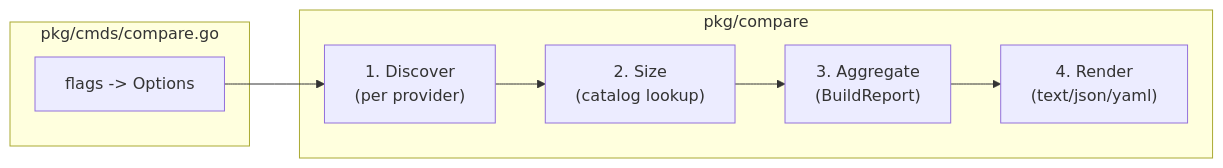
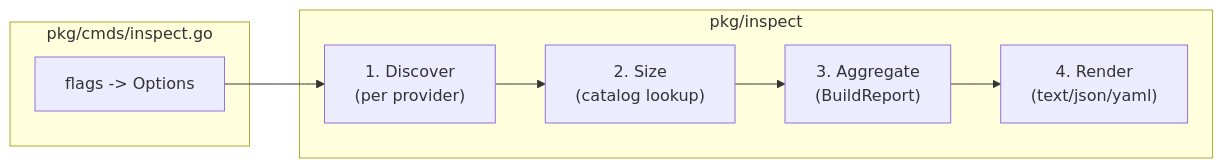
Before and after one commit to appscode/resource-calculator: the diagram in DESIGN.md, drawn with Mermaid. The commit also changed other lines of this file and 27 other files, not shown here.

````diff
--- a/DESIGN.md
+++ b/DESIGN.md
@@ -51,13 +70,13 @@
 ```mermaid
 flowchart LR
-  subgraph cmd["pkg/cmds/compare.go"]
+  subgraph cmd["pkg/cmds/inspect.go"]
     F[flags -> Options]
   end
-  subgraph pkg["pkg/compare"]
+  subgraph pkg["pkg/inspect"]
     D["1. Discover\n(per provider)"]
     S["2. Size\n(catalog lookup)"]
     P["3. Aggregate\n(BuildReport)"]
     R["4. Render\n(text/json/yaml)"]
   end
   F --> D --> S --> P --> R
 ```
````
